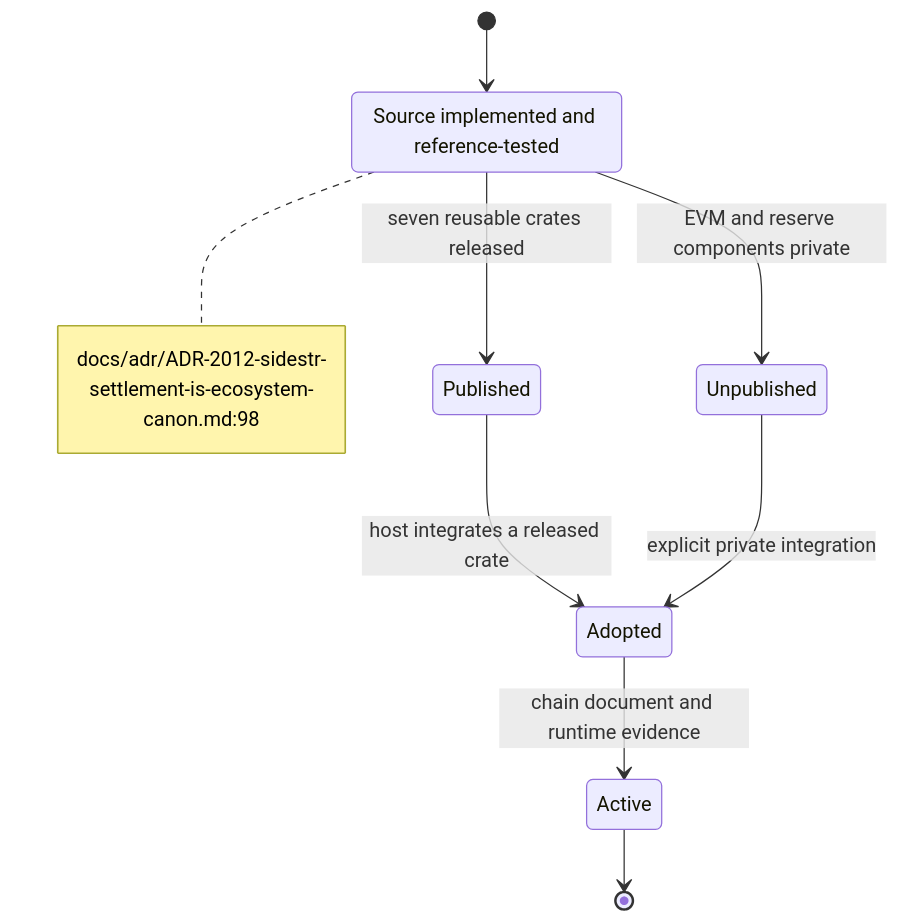
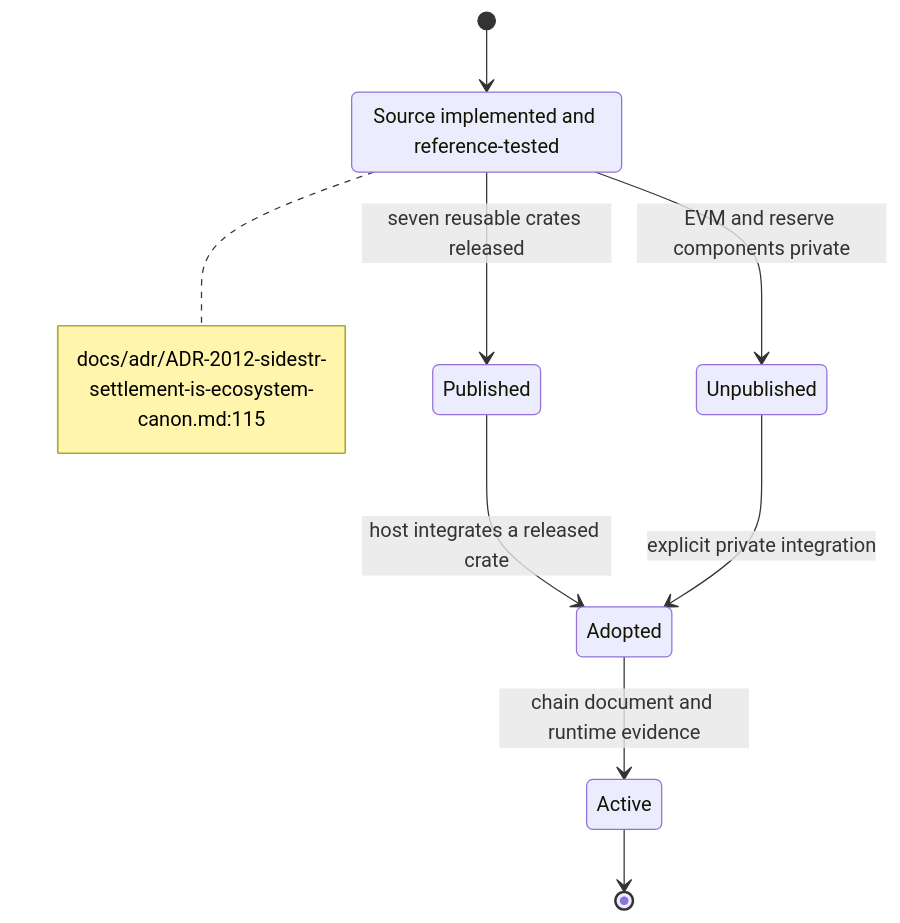
Before and after one commit to DreamLab-AI/VisionFlow: the third of 4 diagrams in docs/diagrams/sidestr-rs/01-workspace-oracles-and-live-boundary.md, drawn with Mermaid. The commit also changed other lines of this file and 21 other files, not shown here.

Commit message:
docs(diagrams): refresh first verified estate batch

````diff
--- a/docs/diagrams/sidestr-rs/01-workspace-oracles-and-live-boundary.md
+++ b/docs/diagrams/sidestr-rs/01-workspace-oracles-and-live-boundary.md
@@ -79,14 +81,14 @@
 ```mermaid
 stateDiagram-v2
     [*] --> Source
     Source: Source implemented and reference-tested
     Source --> Published: seven reusable crates released
     Source --> Unpublished: EVM and reserve components private
     Published --> Adopted: host integrates a released crate
     Unpublished --> Adopted: explicit private integration
     Adopted --> Active: chain document and runtime evidence
     note right of Source
-        docs/adr/ADR-2012-sidestr-settlement-is-ecosystem-canon.md:98
+        docs/adr/ADR-2012-sidestr-settlement-is-ecosystem-canon.md:115
     end note
     Active --> [*]
 ```
````
